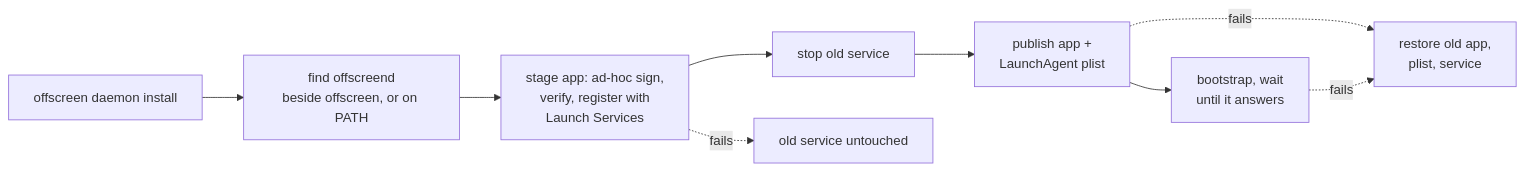
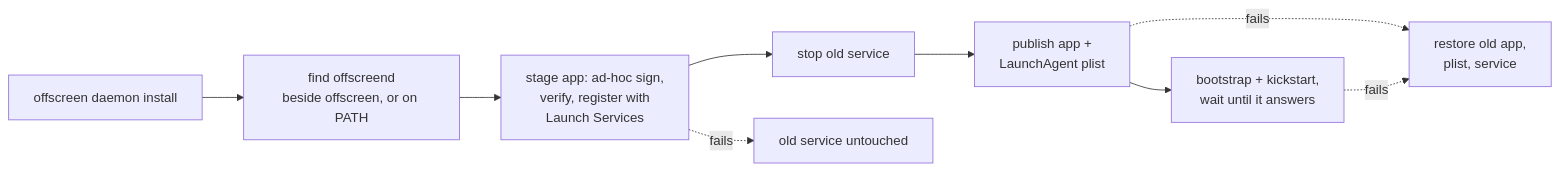
One commit to markphelps/offscreen changed the first of 5 diagrams in DAEMON.md. Above: the diagram before and after it, drawn with Mermaid. The commit also changed other lines of this file and 18 other files, not shown here.

````diff
--- a/DAEMON.md
+++ b/DAEMON.md
@@ -21,11 +21,11 @@
 ```mermaid
 flowchart LR
     a["offscreen daemon install"] --> b["find offscreend<br/>beside offscreen, or on PATH"]
     b --> c["stage app: ad-hoc sign,<br/>verify, register with<br/>Launch Services"]
     c --> d["stop old service"]
     d --> e["publish app +<br/>LaunchAgent plist"]
-    e --> f["bootstrap, wait<br/>until it answers"]
+    e --> f["bootstrap + kickstart,<br/>wait until it answers"]
     c -. fails .-> keep["old service untouched"]
     e -. fails .-> rollback["restore old app,<br/>plist, service"]
     f -. fails .-> rollback
 ```
````
